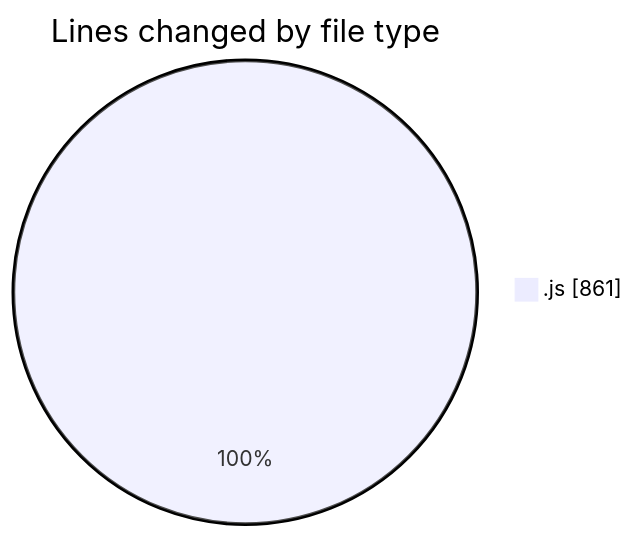
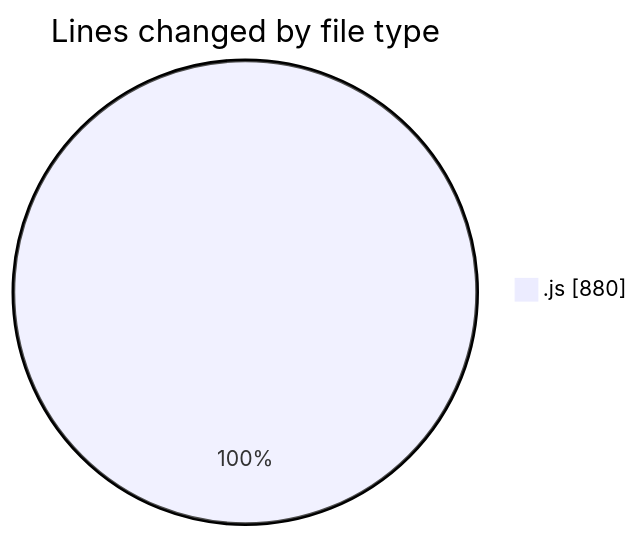
Before and after one commit to nxtqubesakshisongat/code-tracking: the first of 2 diagrams in 2025-05-30/nxtqube_webapp/README.md, drawn with Mermaid. The commit also changed other lines of this file and 1 other file, not shown here.

````diff
--- a/2025-05-30/nxtqube_webapp/README.md
+++ b/2025-05-30/nxtqube_webapp/README.md
@@ -24,5 +24,5 @@
 ```mermaid
 pie showData
 title Lines changed by file type
-".js" : 861
+".js" : 880
 ```
````
